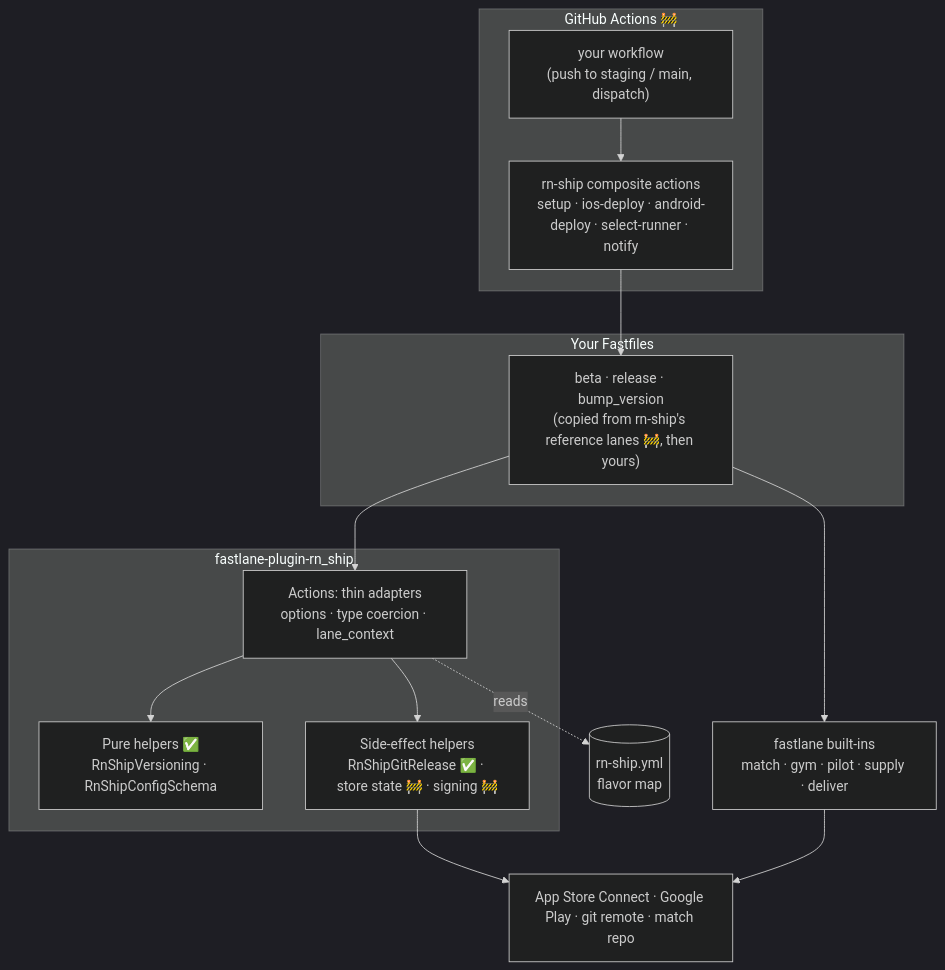
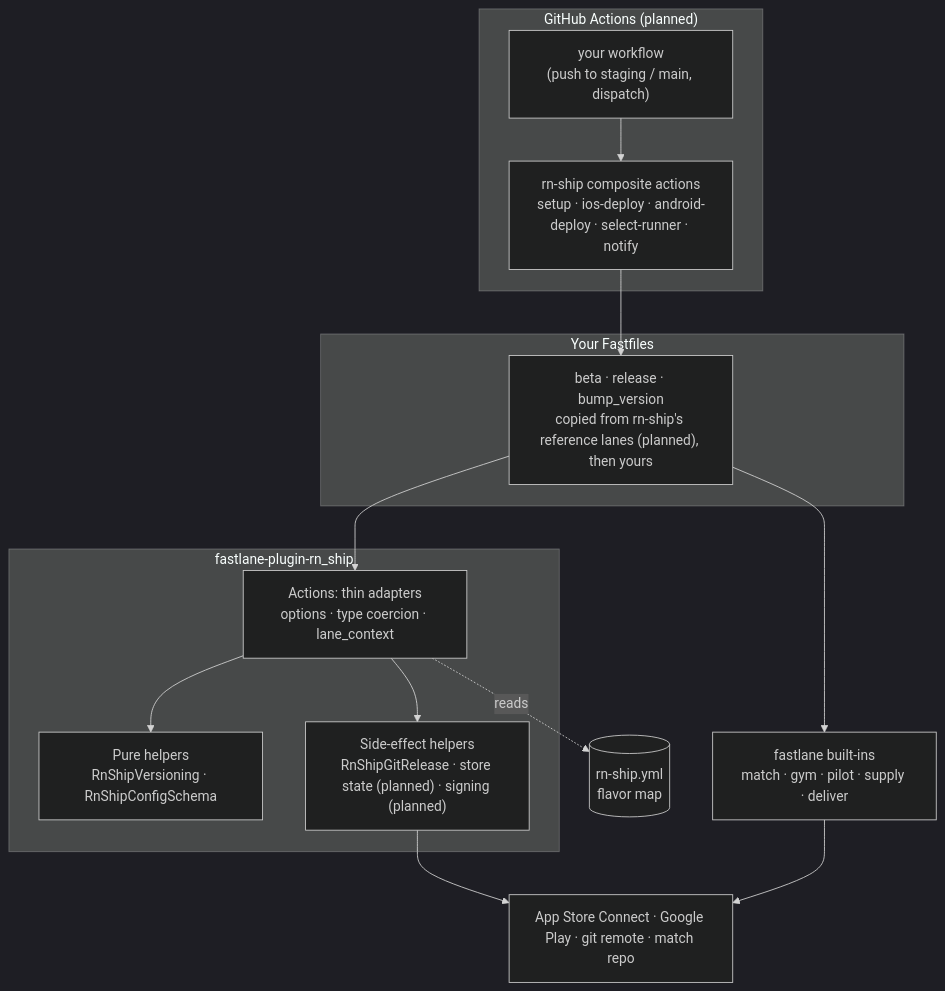
Before and after one commit to 27AppStudio/rn-ship: the first of 5 diagrams in README.md, drawn with Mermaid (dark theme). The commit also changed other lines of this file, not shown here.

````diff
--- a/README.md
+++ b/README.md
@@ -44,30 +44,30 @@
 ```mermaid
 flowchart TB
-  subgraph CI["GitHub Actions 🚧"]
+  subgraph CI["GitHub Actions (planned)"]
     WF["your workflow<br/>(push to staging / main, dispatch)"]
     CA["rn-ship composite actions<br/>setup · ios-deploy · android-deploy · select-runner · notify"]
   end
 
   subgraph Lanes["Your Fastfiles"]
-    L["beta · release · bump_version<br/>(copied from rn-ship's reference lanes 🚧, then yours)"]
+    L["beta · release · bump_version<br/>copied from rn-ship's reference lanes (planned), then yours"]
   end
 
   subgraph Plugin["fastlane-plugin-rn_ship"]
     A["Actions: thin adapters<br/>options · type coercion · lane_context"]
-    HP["Pure helpers ✅<br/>RnShipVersioning · RnShipConfigSchema"]
-    HS["Side-effect helpers<br/>RnShipGitRelease ✅ · store state 🚧 · signing 🚧"]
+    HP["Pure helpers<br/>RnShipVersioning · RnShipConfigSchema"]
+    HS["Side-effect helpers<br/>RnShipGitRelease · store state (planned) · signing (planned)"]
   end
 
   CFG[("rn-ship.yml<br/>flavor map")]
   FL["fastlane built-ins<br/>match · gym · pilot · supply · deliver"]
   EXT["App Store Connect · Google Play · git remote · match repo"]
 
   WF --> CA --> L
   L --> A
   L --> FL
   A --> HP
   A --> HS
   A -. reads .-> CFG
   HS --> EXT
   FL --> EXT
 ```
````
